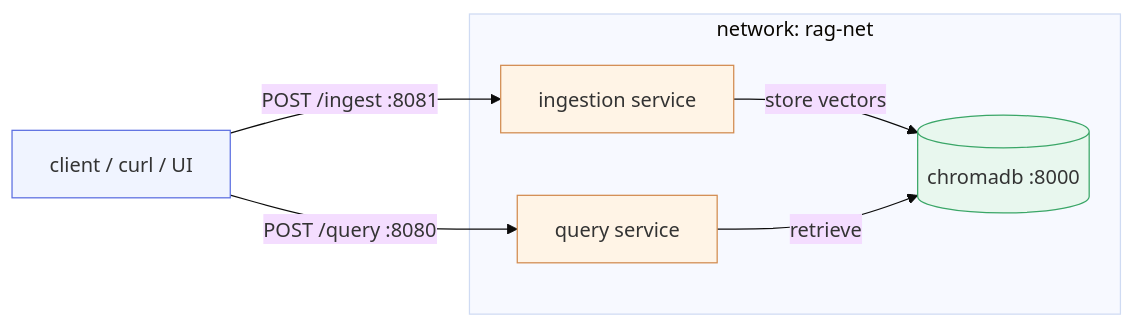
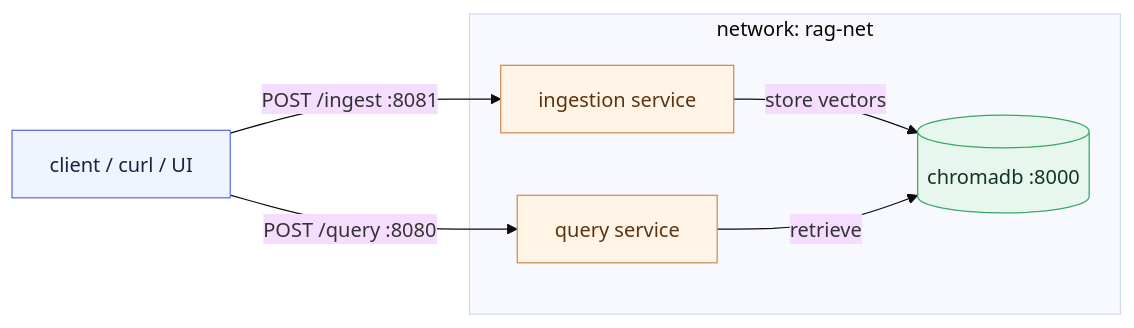
One commit to LinkedInLearning/docker-for-local-ai-app-development-build-lightweight-containerized-ai-applications-11189001 changed the diagram in chapter_4/l1/README.md. Above: the diagram before and after it, drawn with Mermaid (base theme). The commit also changed 25 other files, not shown here.

````diff
--- a/chapter_4/l1/README.md
+++ b/chapter_4/l1/README.md
@@ -43,19 +43,19 @@
 ```mermaid
 flowchart LR
     Client["client / curl / UI"] -->|POST /query :8080| Q["query service"]
     Client -->|POST /ingest :8081| I["ingestion service"]
     I -->|store vectors| DB[("chromadb :8000")]
     Q -->|retrieve| DB
     subgraph net["network: rag-net"]
       I
       Q
       DB
     end
 
-    classDef input fill:#f0f4ff,stroke:#5b6ee1,stroke-width:1px;
-    classDef process fill:#fff4e6,stroke:#d28b4f,stroke-width:1px;
-    classDef store fill:#e8f7ee,stroke:#3aa667,stroke-width:1px;
+    classDef input fill:#f0f4ff,stroke:#5b6ee1,stroke-width:1px,color:#1a2440;
+    classDef process fill:#fff4e6,stroke:#d28b4f,stroke-width:1px,color:#5c3410;
+    classDef store fill:#e8f7ee,stroke:#3aa667,stroke-width:1px,color:#12341f;
     class Client input;
     class I,Q process;
     class DB store;
 ```
````
